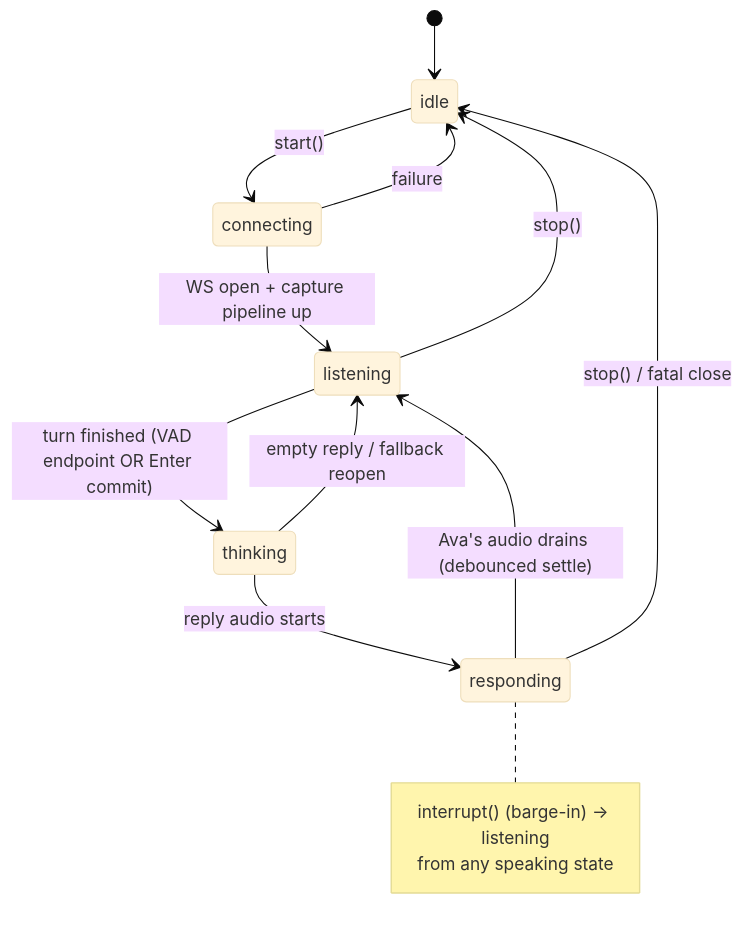
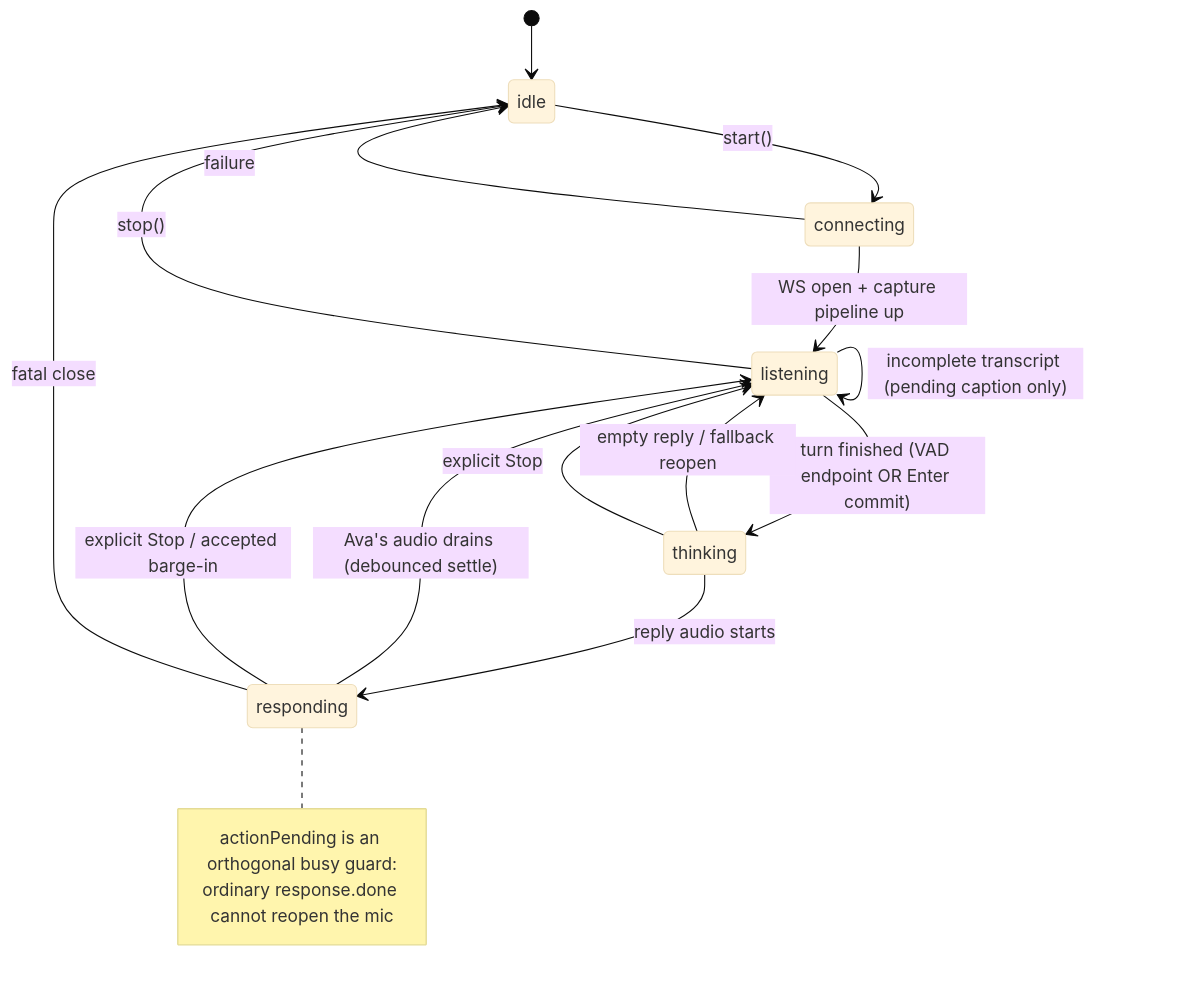
One commit to NikoloziGagua/AVA changed the second of 7 diagrams in docs/architecture/06-voice-pipeline.md. Above: the diagram before and after it, drawn with Mermaid (base theme). The commit also changed other lines of this file and 23 other files, not shown here.

````diff
--- a/docs/architecture/06-voice-pipeline.md
+++ b/docs/architecture/06-voice-pipeline.md
@@ -110,17 +112,20 @@
 ```mermaid
 stateDiagram-v2
   [*] --> idle
   idle --> connecting: start()
   connecting --> listening: WS open + capture pipeline up
   connecting --> idle: failure
+  listening --> listening: incomplete transcript (pending caption only)
   listening --> thinking: turn finished (VAD endpoint OR Enter commit)
   thinking --> responding: reply audio starts
   thinking --> listening: empty reply / fallback reopen
   responding --> listening: Ava's audio drains (debounced settle)
   listening --> idle: stop()
-  responding --> idle: stop() / fatal close
+  thinking --> listening: explicit Stop
+  responding --> listening: explicit Stop / accepted barge-in
+  responding --> idle: fatal close
   note right of responding
-    interrupt() (barge-in) → listening
-    from any speaking state
+    actionPending is an orthogonal busy guard:
+    ordinary response.done cannot reopen the mic
   end note
 ```
````
